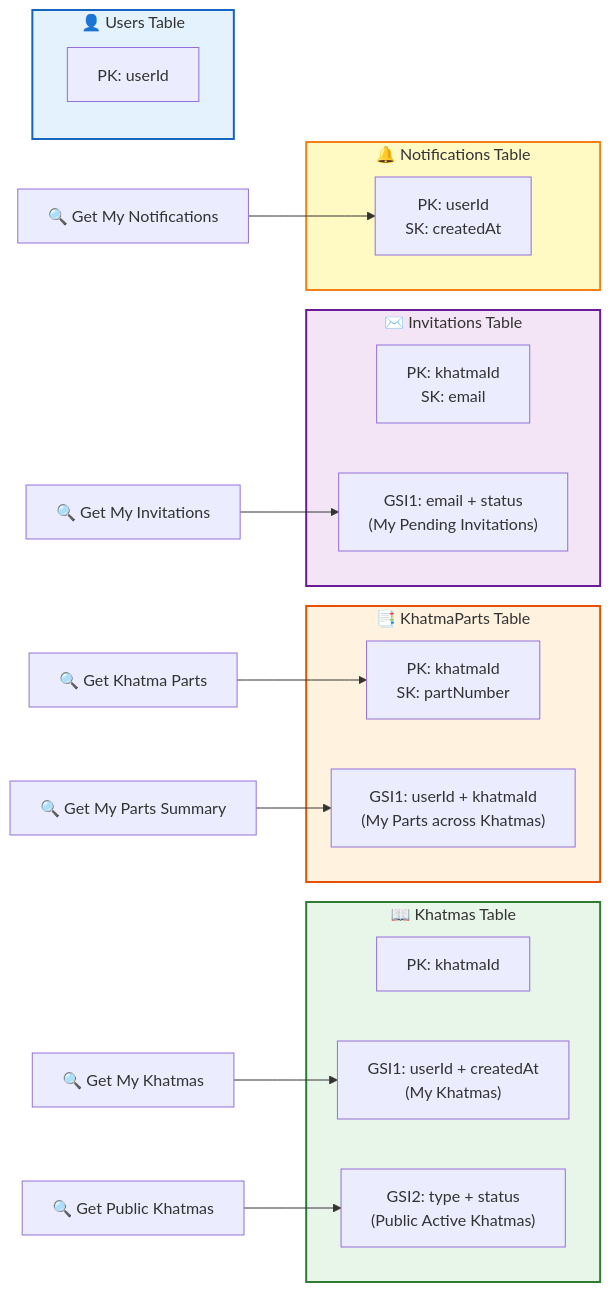
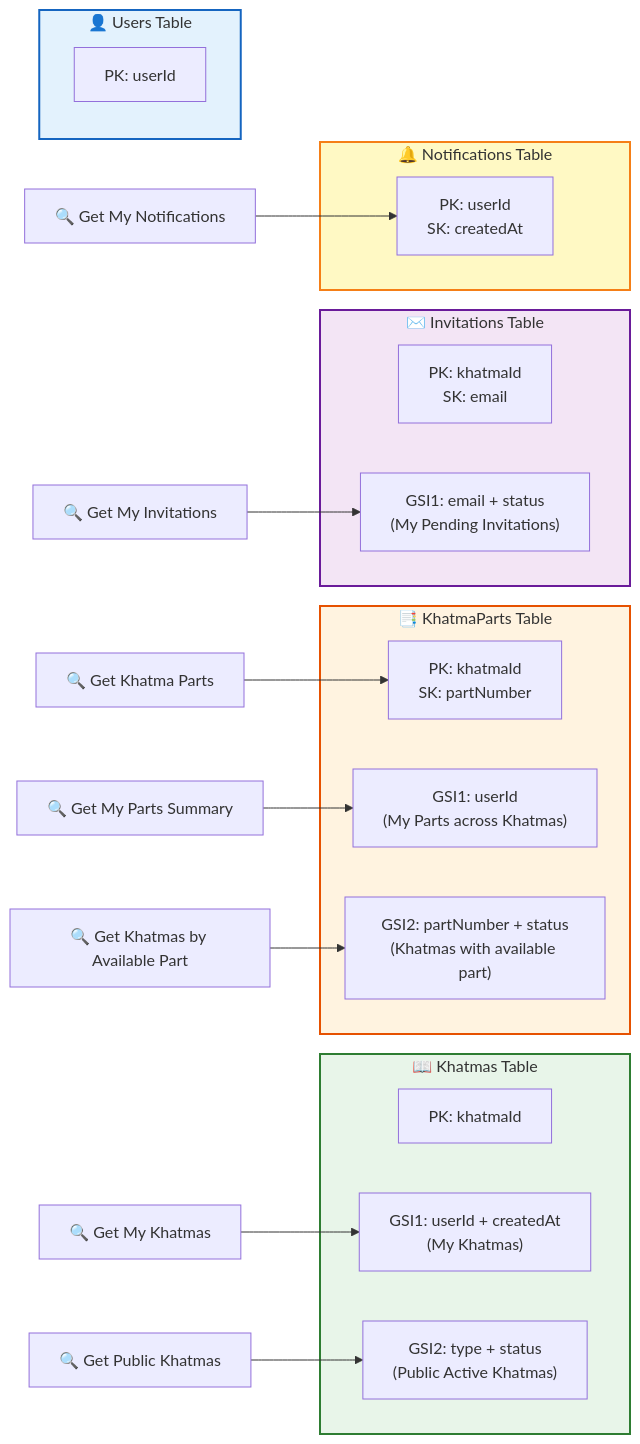
One commit to elsayedabdelnaby/khatma changed the second of 2 diagrams in diagrams/03-database-schema.md. Above: the diagram before and after it, drawn with Mermaid. The commit also changed other lines of this file and 10 other files, not shown here.

Commit message:
Add Khatma API documentation v1.0.0 with architecture overview, authentication details, response formats, and endpoint references

````diff
--- a/diagrams/03-database-schema.md
+++ b/diagrams/03-database-schema.md
@@ -133,39 +133,41 @@
 ```mermaid
 graph LR
     subgraph Users["👤 Users Table"]
         U_PK["PK: userId"]
     end
 
     subgraph Khatmas["📖 Khatmas Table"]
         K_PK["PK: khatmaId"]
         K_GSI1["GSI1: userId + createdAt<br/>(My Khatmas)"]
         K_GSI2["GSI2: type + status<br/>(Public Active Khatmas)"]
     end
 
     subgraph Parts["📑 KhatmaParts Table"]
         P_PK["PK: khatmaId<br/>SK: partNumber"]
-        P_GSI1["GSI1: userId + khatmaId<br/>(My Parts across Khatmas)"]
+        P_GSI1["GSI1: userId<br/>(My Parts across Khatmas)"]
+        P_GSI2["GSI2: partNumber + status<br/>(Khatmas with available part)"]
     end
 
     subgraph Invitations["✉️ Invitations Table"]
         I_PK["PK: khatmaId<br/>SK: email"]
         I_GSI1["GSI1: email + status<br/>(My Pending Invitations)"]
     end
 
     subgraph Notifications["🔔 Notifications Table"]
         N_PK["PK: userId<br/>SK: createdAt"]
     end
 
     Q1["🔍 Get My Khatmas"] --> K_GSI1
     Q2["🔍 Get Public Khatmas"] --> K_GSI2
     Q3["🔍 Get Khatma Parts"] --> P_PK
     Q4["🔍 Get My Parts Summary"] --> P_GSI1
+    Q4b["🔍 Get Khatmas by Available Part"] --> P_GSI2
     Q5["🔍 Get My Invitations"] --> I_GSI1
     Q6["🔍 Get My Notifications"] --> N_PK
 
     style Users fill:#E3F2FD,stroke:#1565C0,stroke-width:2px
     style Khatmas fill:#E8F5E9,stroke:#2E7D32,stroke-width:2px
     style Parts fill:#FFF3E0,stroke:#E65100,stroke-width:2px
     style Invitations fill:#F3E5F5,stroke:#6A1B9A,stroke-width:2px
     style Notifications fill:#FFF9C4,stroke:#F57F17,stroke-width:2px
 ```
````
